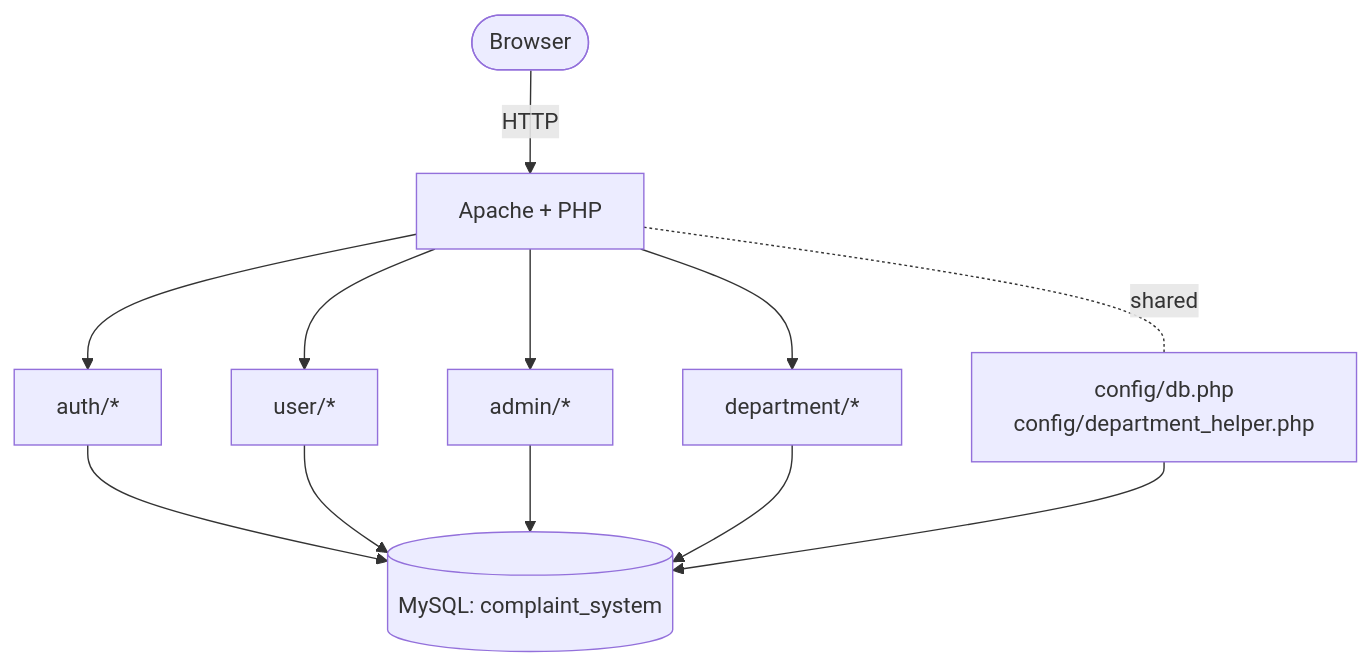
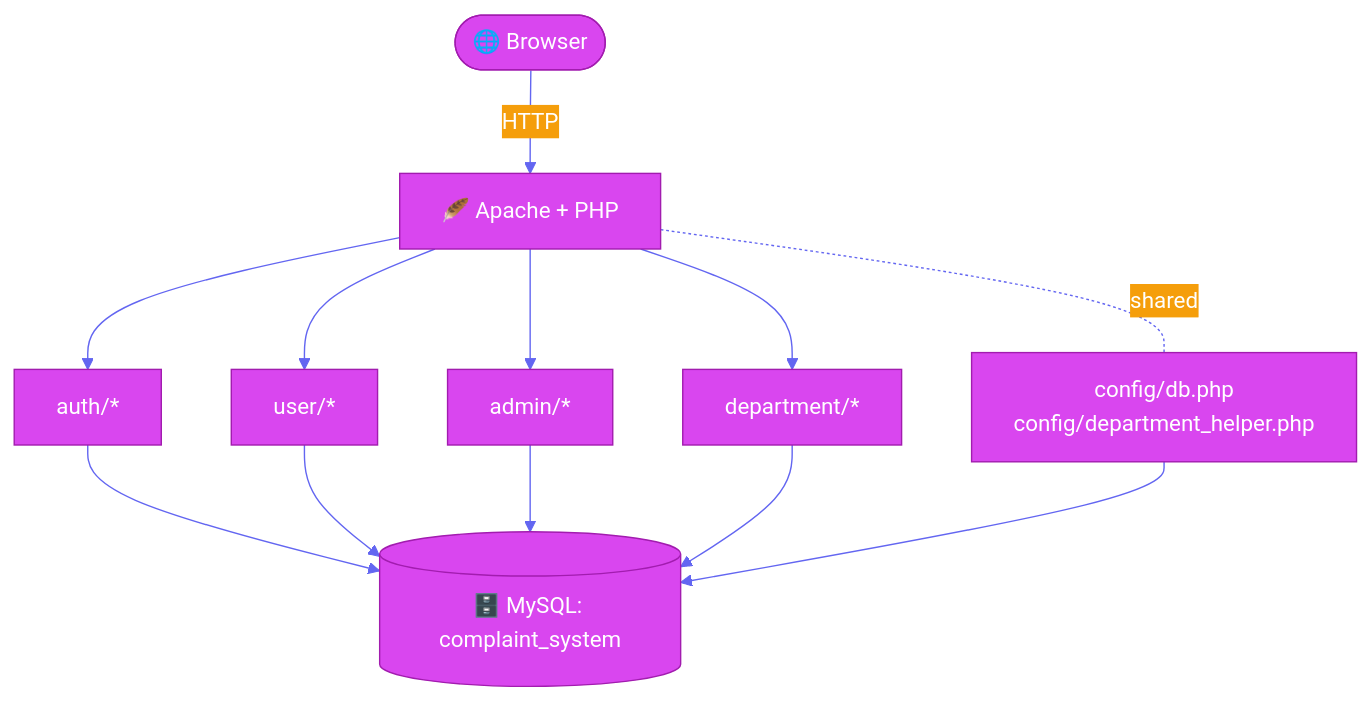
Before and after one commit to jagratsati45/complaint_system_project: the second of 4 diagrams in README.md, drawn with Mermaid. The commit also changed other lines of this file, not shown here.

````diff
--- a/README.md
+++ b/README.md
@@ -195,14 +265,15 @@
 ```mermaid
+%%{init: {'theme':'base','themeVariables':{'primaryColor':'#D946EF','primaryTextColor':'#fff','primaryBorderColor':'#A21CAF','lineColor':'#6366F1','secondaryColor':'#F59E0B','tertiaryColor':'#0F172A'}}}%%
 flowchart TB
-  Browser([Browser]) -->|HTTP| Apache[Apache + PHP]
+  Browser([🌐 Browser]) -->|HTTP| Apache[🪶 Apache + PHP]
   Apache --> Auth[auth/*]
   Apache --> UserMod[user/*]
   Apache --> AdminMod[admin/*]
   Apache --> DeptMod[department/*]
-  Auth --> DB[(MySQL: complaint_system)]
+  Auth --> DB[(🗄️ MySQL: complaint_system)]
   UserMod --> DB
   AdminMod --> DB
   DeptMod --> DB
   Apache -. shared .- Config[config/db.php<br/>config/department_helper.php]
   Config --> DB
 ```
````
